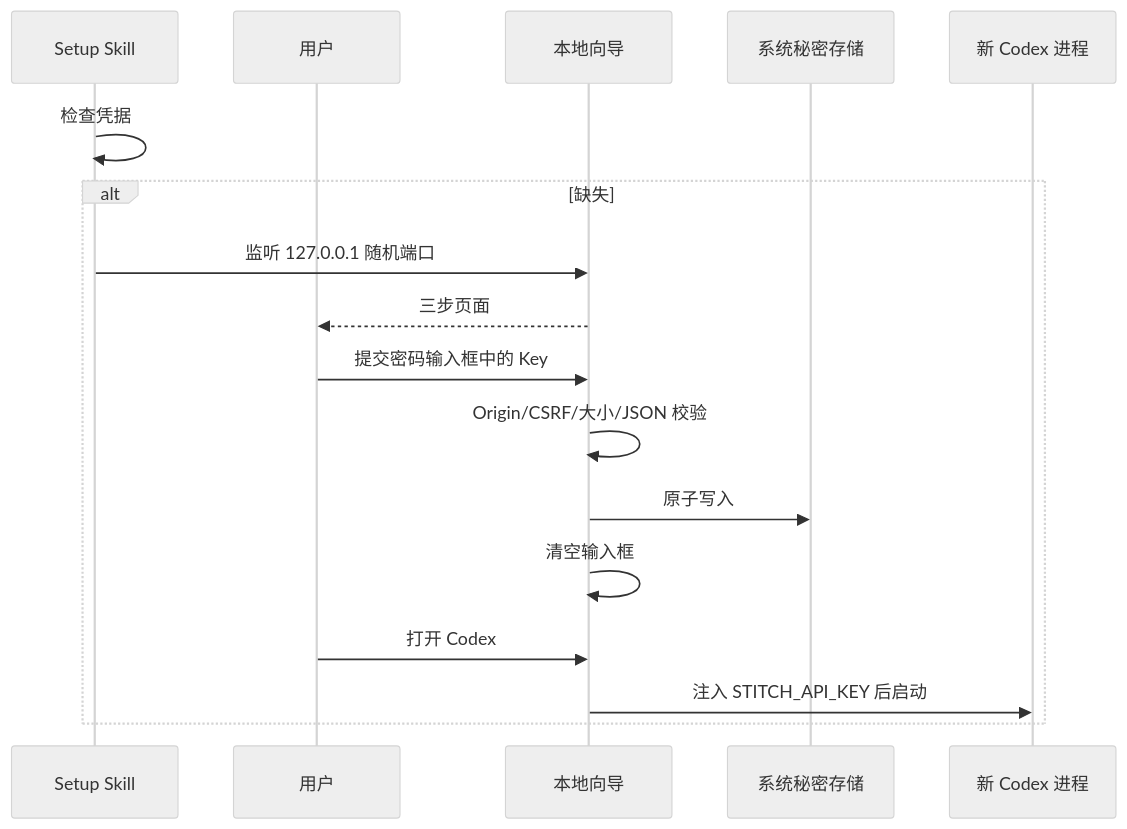
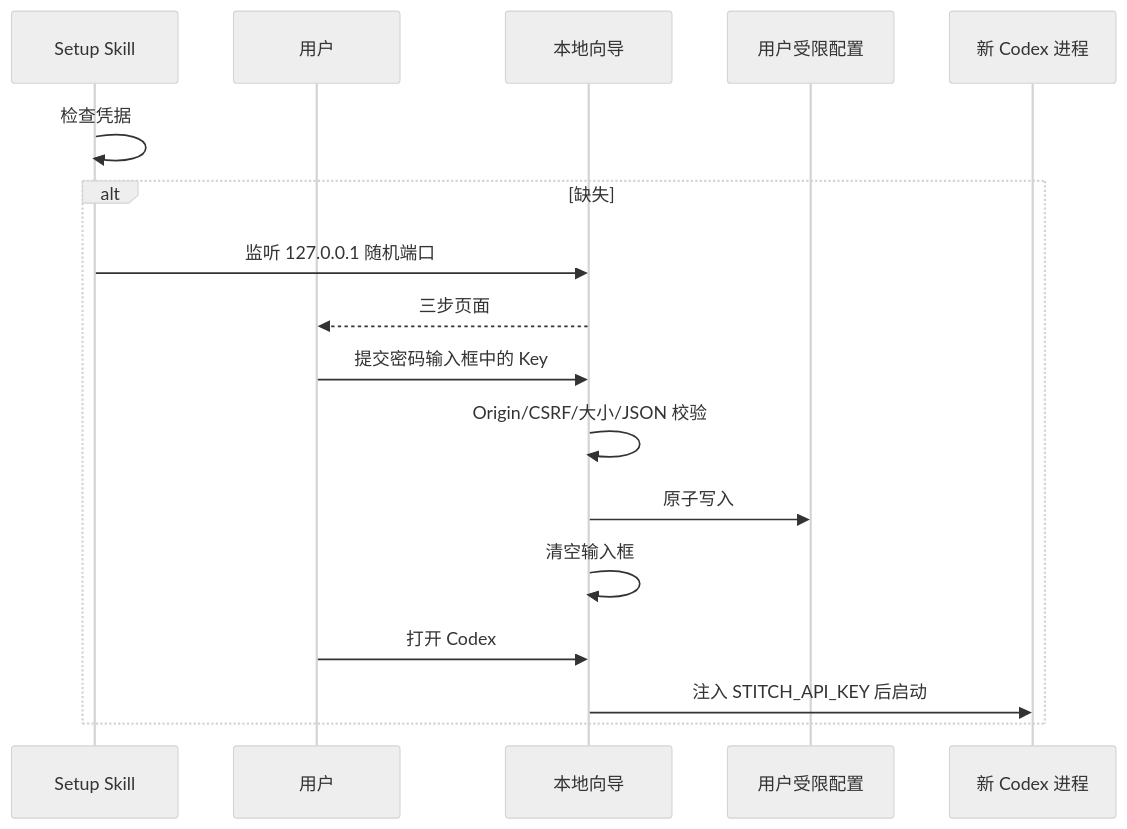
Before and after one commit to full-stack-plugins/stitch-design-plugin: the first of 6 diagrams in docs/Stitch-Design-Technical-Solution.zh_CN.md, drawn with Mermaid (neutral theme). The commit also changed other lines of this file and 20 other files, not shown here.

````diff
--- a/docs/Stitch-Design-Technical-Solution.zh_CN.md
+++ b/docs/Stitch-Design-Technical-Solution.zh_CN.md
@@ -37,19 +37,19 @@
 ```mermaid
 sequenceDiagram
     participant S as Setup Skill
     participant U as 用户
     participant L as 本地向导
-    participant F as 系统秘密存储
+    participant F as 用户受限配置
     participant C as 新 Codex 进程
     S->>S: 检查凭据
     alt 缺失
       S->>L: 监听 127.0.0.1 随机端口
       L-->>U: 三步页面
       U->>L: 提交密码输入框中的 Key
       L->>L: Origin/CSRF/大小/JSON 校验
       L->>F: 原子写入
       L->>L: 清空输入框
       U->>L: 打开 Codex
       L->>C: 注入 STITCH_API_KEY 后启动
     end
 ```
````
